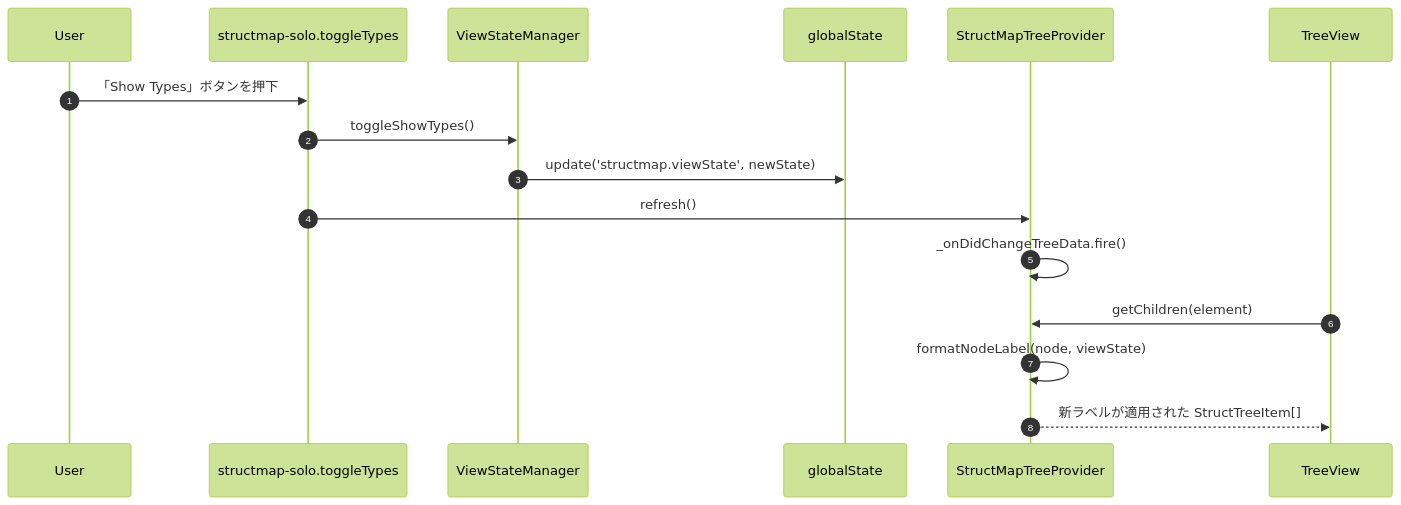
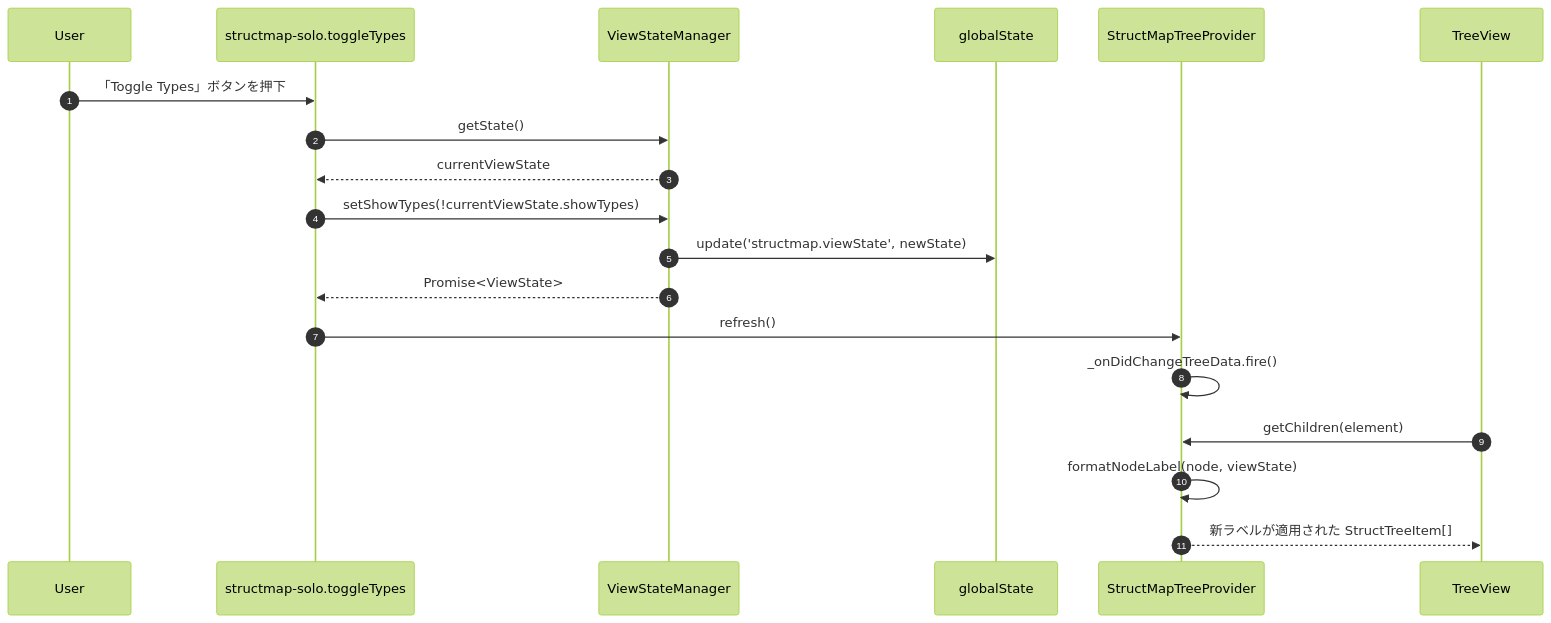
Before and after one commit to masanori-satake/StructMap-Solo: the third of 3 diagrams in docs/VIEWSTATE_AND_CONFIG.md, drawn with Mermaid (forest theme). The commit also changed other lines of this file and 4 other files, not shown here.

Commit message:
docs: address PR review feedback on developer architecture documentation

````diff
--- a/docs/VIEWSTATE_AND_CONFIG.md
+++ b/docs/VIEWSTATE_AND_CONFIG.md
@@ -100,19 +103,22 @@
 ```mermaid
 sequenceDiagram
     autonumber
     participant U as User
     participant Cmd as structmap-solo.toggleTypes
     participant VSM as ViewStateManager
     participant GS as globalState
     participant TP as StructMapTreeProvider
     participant TV as TreeView
 
-    U->>Cmd: 「Show Types」ボタンを押下
-    Cmd->>VSM: toggleShowTypes()
+    U->>Cmd: 「Toggle Types」ボタンを押下
+    Cmd->>VSM: getState()
+    VSM-->>Cmd: currentViewState
+    Cmd->>VSM: setShowTypes(!currentViewState.showTypes)
     VSM->>GS: update('structmap.viewState', newState)
+    VSM-->>Cmd: Promise<ViewState>
     Cmd->>TP: refresh()
     TP->>TP: _onDidChangeTreeData.fire()
     TV->>TP: getChildren(element)
     TP->>TP: formatNodeLabel(node, viewState)
     TP-->>TV: 新ラベルが適用された StructTreeItem[]
 ```
````
